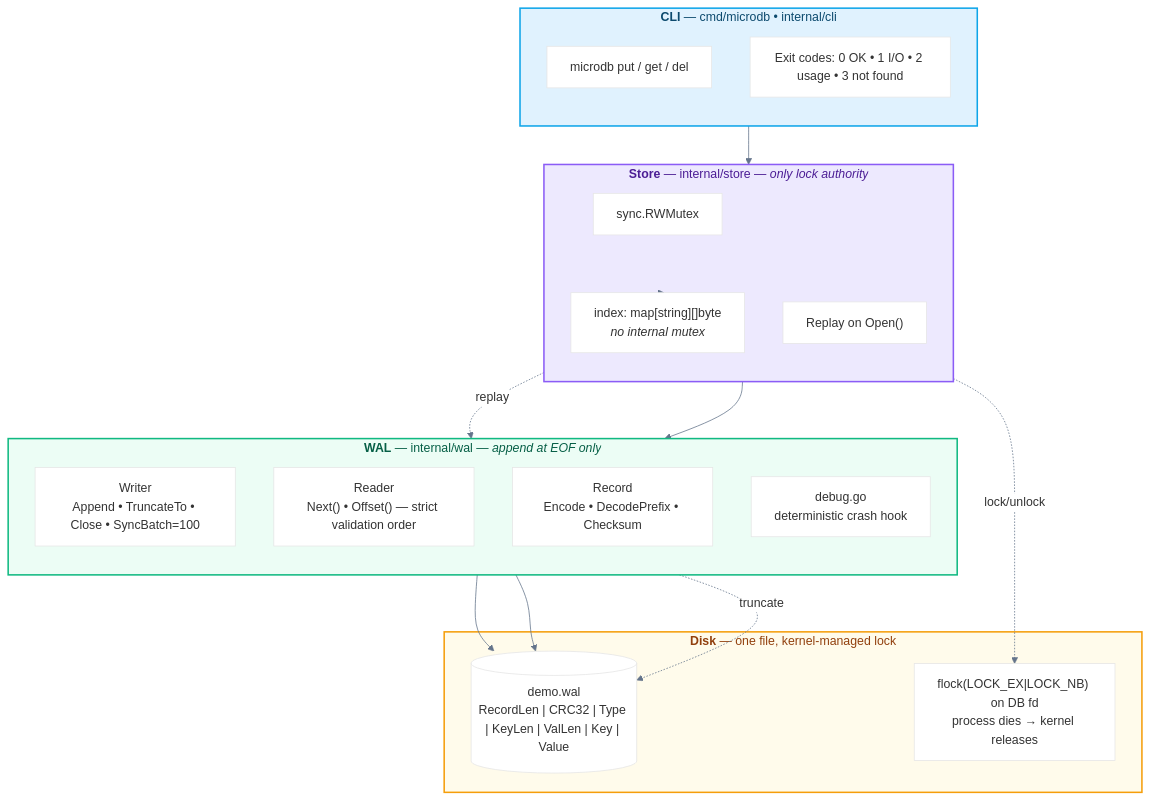
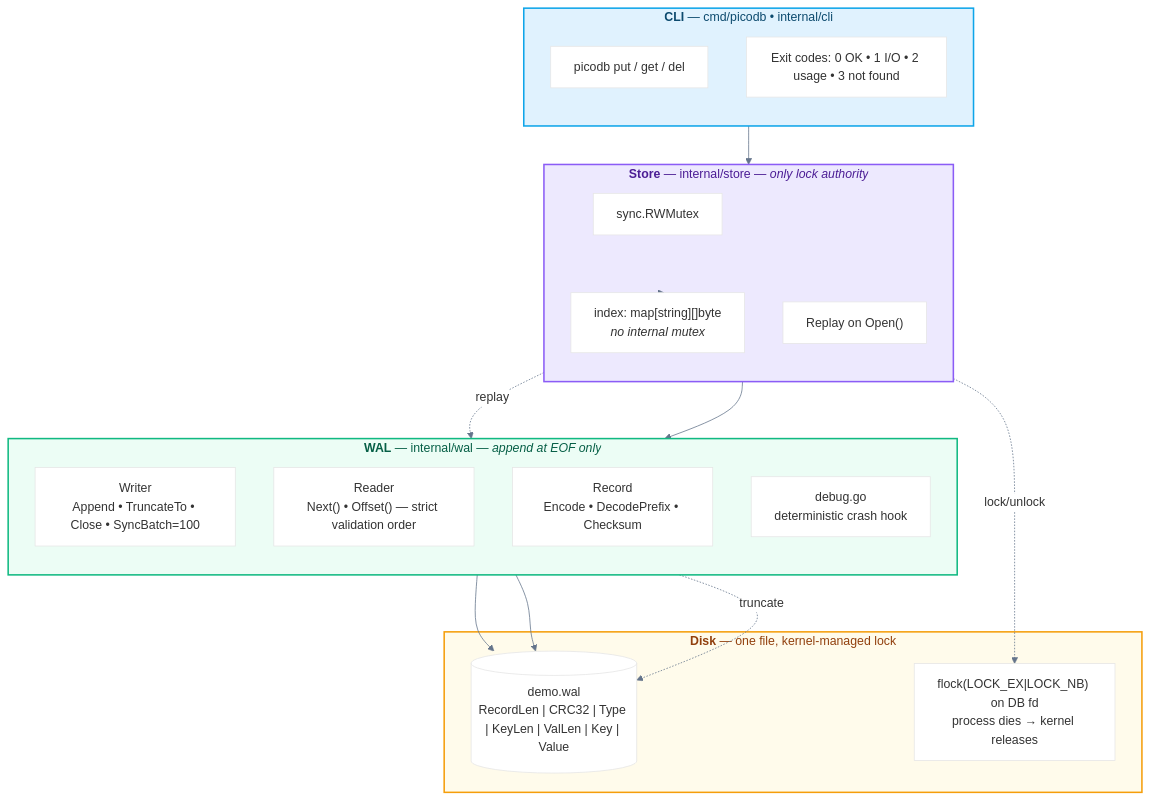
One commit to NexiSynapse/PicoDB changed the second of 14 diagrams in README.md. Above: the diagram before and after it, drawn with Mermaid. The commit also changed other lines of this file and 1 other file, not shown here.

Commit message:
docs: use picodb naming consistently and polish prose

````diff
--- a/README.md
+++ b/README.md
@@ -131,48 +136,48 @@
 ```mermaid
 %%{init: {'theme':'base','themeVariables':{'primaryColor':'#fff','lineColor':'#64748b'}}}%%
 flowchart TB
-  subgraph CLI["<b>CLI</b> — cmd/microdb • internal/cli"]
+  subgraph CLI["<b>CLI</b> — cmd/picodb • internal/cli"]
     direction TB
-    C1["microdb put / get / del"]
+    C1["picodb put / get / del"]
     C2["Exit codes: 0 OK • 1 I/O • 2 usage • 3 not found"]
   end
 
   subgraph Store["<b>Store</b> — internal/store — <i>only lock authority</i>"]
     direction TB
     S1["sync.RWMutex"]
     S2["index: map[string][]byte<br/><i>no internal mutex</i>"]
     S3["Replay on Open()"]
   end
 
   subgraph WAL["<b>WAL</b> — internal/wal — <i>append at EOF only</i>"]
     direction TB
     W1["Writer<br/>Append • TruncateTo • Close • SyncBatch=100"]
     W2["Reader<br/>Next() • Offset() — strict validation order"]
     W3["Record<br/>Encode • DecodePrefix • Checksum"]
     W4["debug.go<br/>deterministic crash hook"]
   end
 
   subgraph Disk["<b>Disk</b> — one file, kernel-managed lock"]
     D1[("demo.wal<br/>RecordLen | CRC32 | Type | KeyLen | ValLen | Key | Value")]
     D2["flock(LOCK_EX|LOCK_NB) on DB fd<br/>process dies → kernel releases"]
   end
 
   CLI --> Store
   Store --> S2
   Store --> WAL
   W1 --> D1
   W2 --> D1
   S3 -. replay .-> W2
   W1 -. truncate .-> D1
   Store -. lock/unlock .-> D2
 
   classDef cli fill:#e0f2fe,stroke:#0ea5e9,stroke-width:2px,color:#0c4a6e
   classDef store fill:#ede9fe,stroke:#8b5cf6,stroke-width:2px,color:#4c1d95
   classDef wal fill:#ecfdf5,stroke:#10b981,stroke-width:2px,color:#065f46
   classDef disk fill:#fffbeb,stroke:#f59e0b,stroke-width:2px,color:#92400e
 
   class CLI cli
   class Store store
   class WAL wal
   class Disk disk
 ```
````
